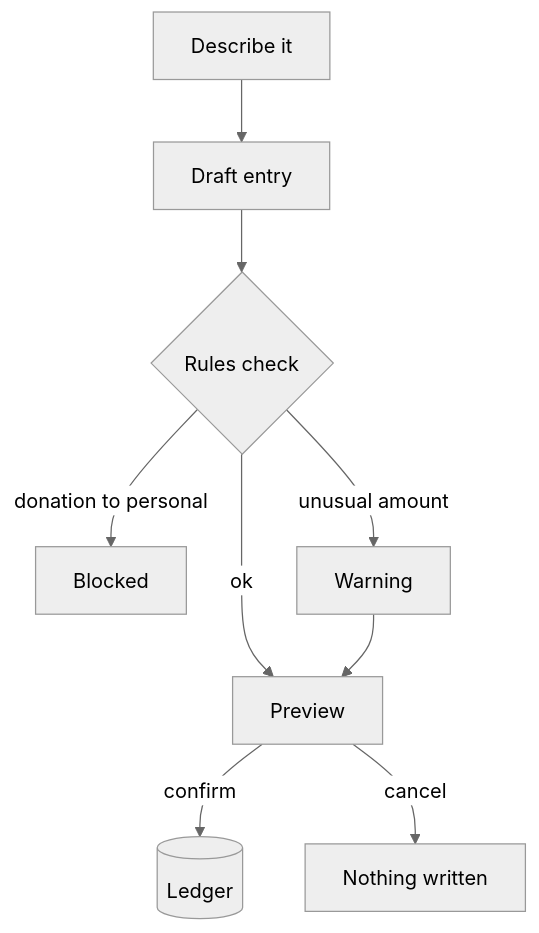
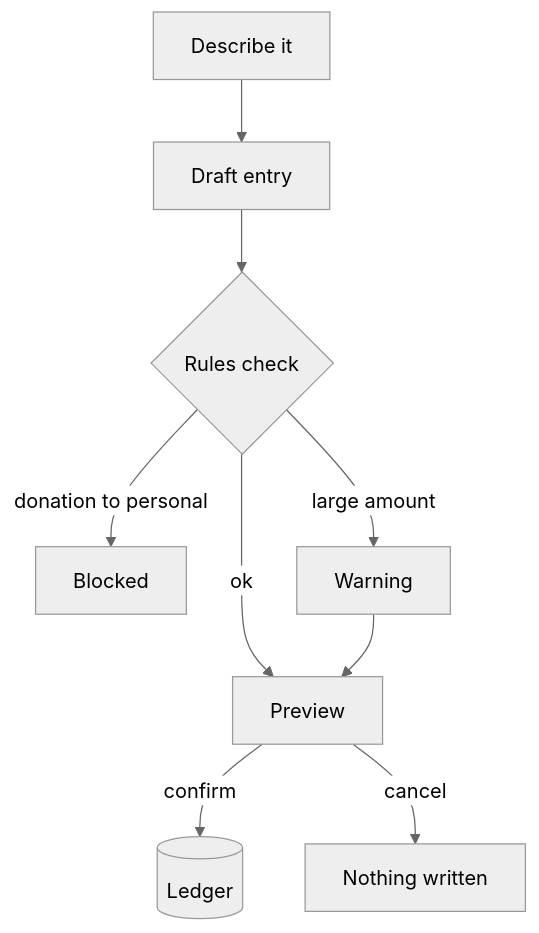
Before and after one commit to Mohanad1st/ameen-showcase: the diagram in README.md, drawn with Mermaid (neutral theme). The commit also changed other lines of this file, not shown here.

````diff
--- a/README.md
+++ b/README.md
@@ -26,13 +24,13 @@
 ```mermaid
 flowchart TD
   accTitle: How an entry is recorded in Ameen
-  accDescr: You describe a transaction, Ameen drafts an entry, rules block donation money going to a personal account and warn on unusual amounts, you see a preview, and only your confirmation writes it.
+  accDescr: You describe a transaction, Ameen drafts an entry, rules block donation money going to a personal account and warn on large amounts, you see a preview, and only your confirmation writes it.
   A[Describe it] --> B[Draft entry]
   B --> C{Rules check}
   C -- donation to personal --> X[Blocked]
-  C -- unusual amount --> W[Warning]
+  C -- large amount --> W[Warning]
   C -- ok --> D[Preview]
   W --> D
   D -- confirm --> E[(Ledger)]
   D -- cancel --> F[Nothing written]
 ```
````
